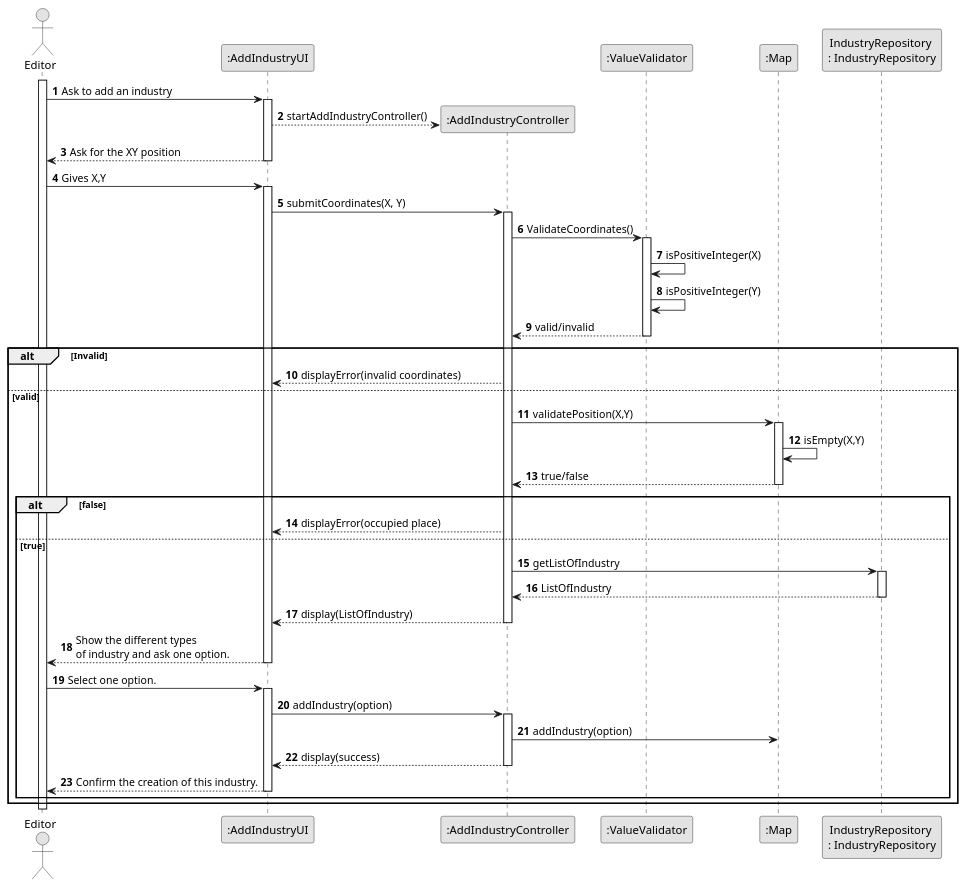
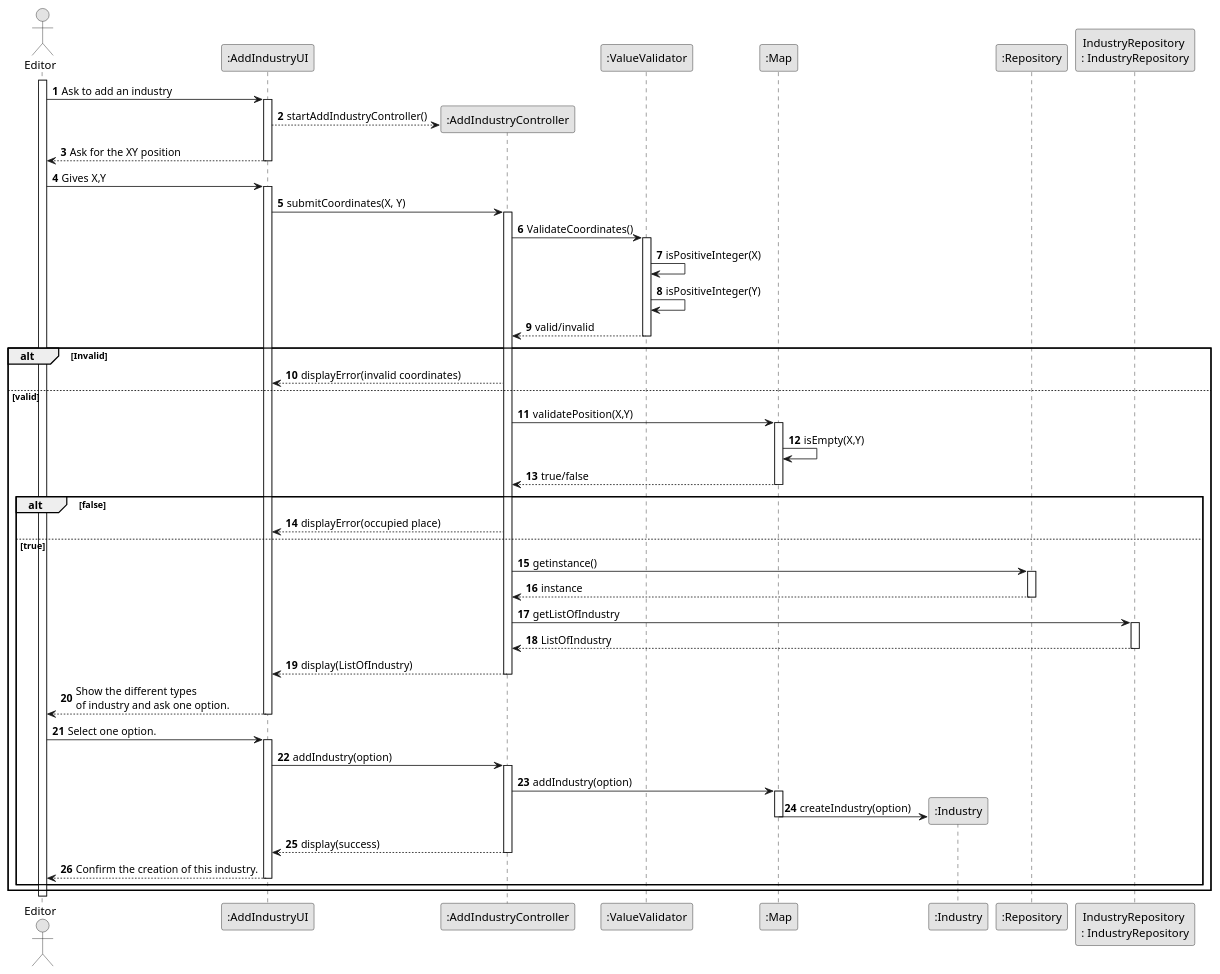
The diagram in docs/system-documentation/US002/03.design/puml/US002-SD-full.puml (1240826/empire-on-tracks), drawn with PlantUML before and after one commit. The commit also changed 5 other files, not shown here.

```diff
--- a/docs/system-documentation/US002/03.design/puml/US002-SD-full.puml
+++ b/docs/system-documentation/US002/03.design/puml/US002-SD-full.puml
@@ -1,71 +1,81 @@
 @startuml
 skinparam monochrome true
 skinparam packageStyle rectangle
 skinparam shadowing false
 
 autonumber
 
 actor "Editor" as Editor
 participant ":AddIndustryUI" as UI
 participant ":AddIndustryController" as Controller
 participant ":ValueValidator" as Validator
 participant ":Map" as Map
+participant ":Industry" as Industry
+participant ":Repository" as Rep
 participant "IndustryRepository \n: IndustryRepository" as Repository
 
 activate Editor
 
 Editor -> UI : Ask to add an industry
 activate UI
 UI --> Controller**: startAddIndustryController()
 
 
 UI --> Editor : Ask for the XY position
 deactivate UI
 
 Editor -> UI : Gives X,Y
 activate UI
 UI -> Controller : submitCoordinates(X, Y)
 
 activate Controller
 Controller->Validator:ValidateCoordinates()
 activate Validator
 Validator->Validator:isPositiveInteger(X)
 Validator->Validator:isPositiveInteger(Y)
 Validator-->Controller:valid/invalid
 deactivate Validator
 alt Invalid
 Controller-->UI: displayError(invalid coordinates)
 else valid
 Controller->Map:validatePosition(X,Y)
 activate Map
 Map->Map:isEmpty(X,Y)
 Map-->Controller:true/false
 deactivate Map
 alt false
 Controller-->UI: displayError(occupied place)
 else true
+Controller->Rep:getinstance()
+activate Rep
+Rep-->Controller:instance
+deactivate Rep
 Controller->Repository:getListOfIndustry
 activate Repository
 Repository-->Controller:ListOfIndustry
 deactivate Repository
 Controller-->UI: display(ListOfIndustry)
 deactivate Controller
 UI-->Editor:Show the different types \nof industry and ask one option.
 deactivate UI
 Editor->UI:Select one option.
 activate UI
 UI->Controller: addIndustry(option)
 activate Controller
 Controller->Map: addIndustry(option)
+activate Map
+Map->Industry**:createIndustry(option)
+deactivate Map
+
 Controller-->UI: display(success)
 deactivate Controller
 UI-->Editor:Confirm the creation of this industry.
 deactivate UI
 
 
 end
 end
 
 
 deactivate Editor
 @enduml
```
